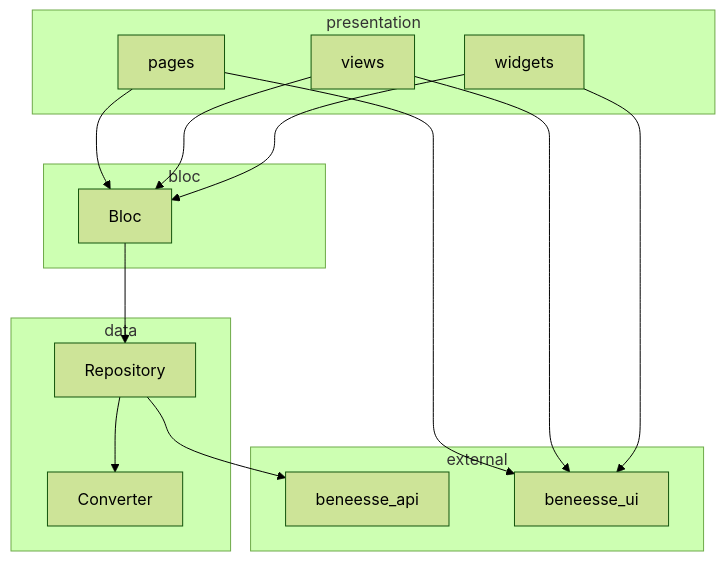
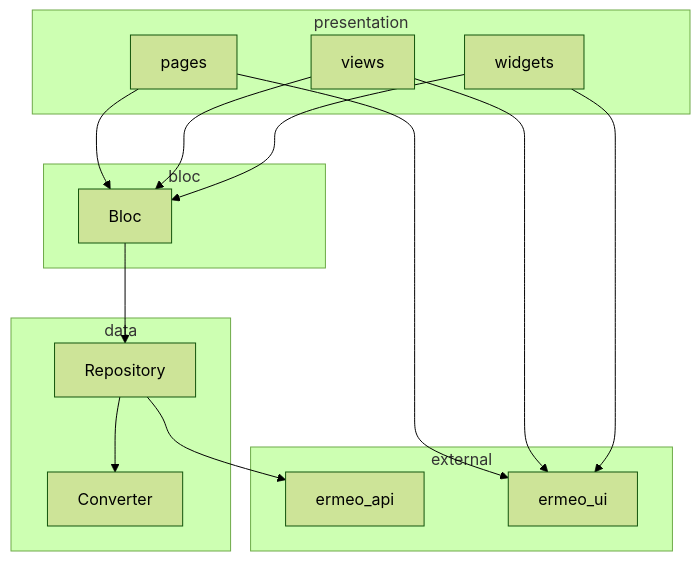
The diagram in docs/principles/clean-architecture.md (lerpof/ermeo), drawn with Mermaid (forest theme) before and after one commit. The commit also changed other lines of this file and 438 other files, not shown here.

First line of the commit message:
refactor(workspace): rebrand beneesse monorepo to ermeo

````diff
--- a/docs/principles/clean-architecture.md
+++ b/docs/principles/clean-architecture.md
@@ -30,28 +30,28 @@
 ```mermaid
 flowchart TB
   subgraph presentation [presentation]
     Pages[pages]
     Views[views]
     Widgets[widgets]
   end
   subgraph blocLayer [bloc]
     Bloc[Bloc]
   end
   subgraph dataLayer [data]
     Repo[Repository]
     Converter[Converter]
   end
   subgraph external [external]
-    ApiPkg[beneesse_api]
-    UiPkg[beneesse_ui]
+    ApiPkg[ermeo_api]
+    UiPkg[ermeo_ui]
   end
   Pages --> Bloc
   Views --> Bloc
   Widgets --> Bloc
   Bloc --> Repo
   Repo --> Converter
   Repo --> ApiPkg
   Pages --> UiPkg
   Views --> UiPkg
   Widgets --> UiPkg
 ```
````
